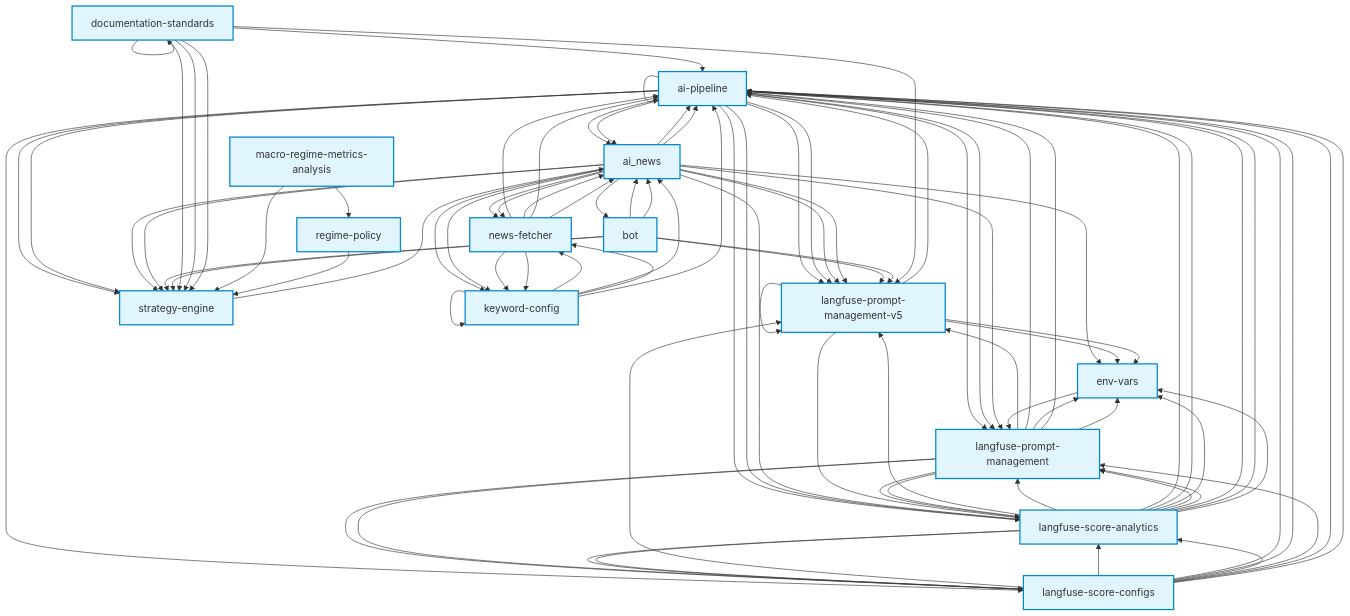
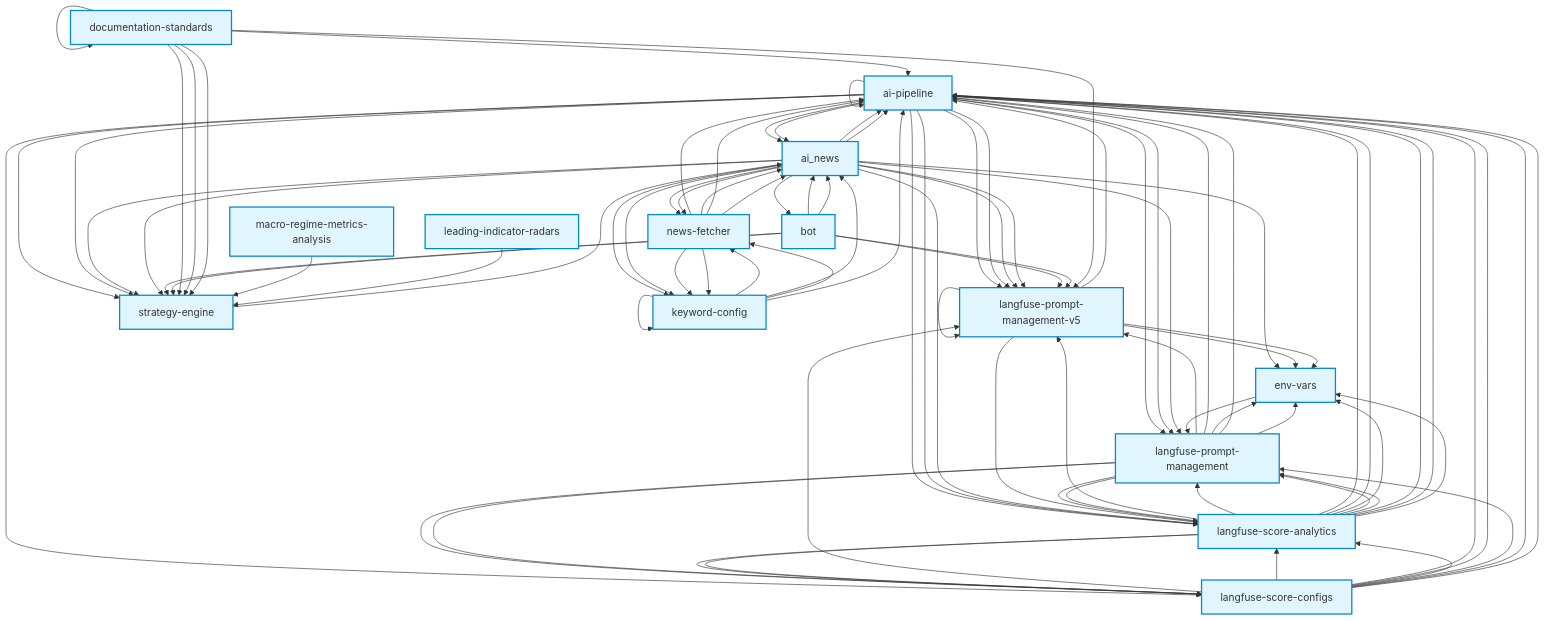
Before and after one commit to joysrr/InvestmentLineNotify: the diagram in docs/meta/concept-graph.mmd, drawn with Mermaid. The commit also changed 4 other files, not shown here.

Commit message:
docs: sync leading indicator wiki references

```diff
--- a/docs/meta/concept-graph.mmd
+++ b/docs/meta/concept-graph.mmd
@@ -1,108 +1,107 @@
 graph TB
   ai_pipeline[ai-pipeline] --> langfuse_prompt_management_v5[langfuse-prompt-management-v5]
   ai_pipeline[ai-pipeline] --> langfuse_prompt_management_v5[langfuse-prompt-management-v5]
   ai_pipeline[ai-pipeline] --> langfuse_prompt_management[langfuse-prompt-management]
   ai_pipeline[ai-pipeline] --> langfuse_score_analytics[langfuse-score-analytics]
   ai_pipeline[ai-pipeline] --> ai_pipeline[ai-pipeline]
   ai_pipeline[ai-pipeline] --> ai_news[ai_news]
   ai_pipeline[ai-pipeline] --> strategy_engine[strategy-engine]
   ai_pipeline[ai-pipeline] --> ai_pipeline[ai-pipeline]
   ai_pipeline[ai-pipeline] --> langfuse_prompt_management[langfuse-prompt-management]
   ai_pipeline[ai-pipeline] --> langfuse_score_analytics[langfuse-score-analytics]
   ai_pipeline[ai-pipeline] --> langfuse_score_configs[langfuse-score-configs]
   ai_pipeline[ai-pipeline] --> strategy_engine[strategy-engine]
   ai_pipeline[ai-pipeline] --> ai_news[ai_news]
   ai_news[ai_news] --> ai_pipeline[ai-pipeline]
   ai_news[ai_news] --> langfuse_prompt_management[langfuse-prompt-management]
   ai_news[ai_news] --> langfuse_score_analytics[langfuse-score-analytics]
   ai_news[ai_news] --> news_fetcher[news-fetcher]
   ai_news[ai_news] --> keyword_config[keyword-config]
   ai_news[ai_news] --> langfuse_prompt_management_v5[langfuse-prompt-management-v5]
   ai_news[ai_news] --> langfuse_prompt_management_v5[langfuse-prompt-management-v5]
   ai_news[ai_news] --> news_fetcher[news-fetcher]
   ai_news[ai_news] --> keyword_config[keyword-config]
   ai_news[ai_news] --> ai_pipeline[ai-pipeline]
   ai_news[ai_news] --> strategy_engine[strategy-engine]
   ai_news[ai_news] --> env_vars[env-vars]
   ai_news[ai_news] --> strategy_engine[strategy-engine]
   ai_news[ai_news] --> bot[bot]
   strategy_engine[strategy-engine] --> ai_news[ai_news]
   langfuse_prompt_management_v5[langfuse-prompt-management-v5] --> langfuse_prompt_management_v5[langfuse-prompt-management-v5]
   langfuse_prompt_management_v5[langfuse-prompt-management-v5] --> langfuse_prompt_management_v5[langfuse-prompt-management-v5]
   langfuse_prompt_management_v5[langfuse-prompt-management-v5] --> env_vars[env-vars]
   langfuse_prompt_management_v5[langfuse-prompt-management-v5] --> langfuse_score_analytics[langfuse-score-analytics]
   langfuse_prompt_management_v5[langfuse-prompt-management-v5] --> ai_pipeline[ai-pipeline]
   langfuse_prompt_management_v5[langfuse-prompt-management-v5] --> env_vars[env-vars]
   langfuse_prompt_management[langfuse-prompt-management] --> langfuse_prompt_management_v5[langfuse-prompt-management-v5]
   langfuse_prompt_management[langfuse-prompt-management] --> langfuse_score_analytics[langfuse-score-analytics]
   langfuse_prompt_management[langfuse-prompt-management] --> langfuse_score_configs[langfuse-score-configs]
   langfuse_prompt_management[langfuse-prompt-management] --> ai_pipeline[ai-pipeline]
   langfuse_prompt_management[langfuse-prompt-management] --> env_vars[env-vars]
   langfuse_prompt_management[langfuse-prompt-management] --> langfuse_score_analytics[langfuse-score-analytics]
   langfuse_prompt_management[langfuse-prompt-management] --> langfuse_score_configs[langfuse-score-configs]
   langfuse_prompt_management[langfuse-prompt-management] --> ai_pipeline[ai-pipeline]
   langfuse_prompt_management[langfuse-prompt-management] --> env_vars[env-vars]
   langfuse_score_analytics[langfuse-score-analytics] --> langfuse_prompt_management_v5[langfuse-prompt-management-v5]
   langfuse_score_analytics[langfuse-score-analytics] --> langfuse_prompt_management[langfuse-prompt-management]
   langfuse_score_analytics[langfuse-score-analytics] --> ai_pipeline[ai-pipeline]
   langfuse_score_analytics[langfuse-score-analytics] --> ai_pipeline[ai-pipeline]
   langfuse_score_analytics[langfuse-score-analytics] --> env_vars[env-vars]
   langfuse_score_analytics[langfuse-score-analytics] --> langfuse_score_configs[langfuse-score-configs]
   langfuse_score_analytics[langfuse-score-analytics] --> langfuse_prompt_management[langfuse-prompt-management]
   langfuse_score_analytics[langfuse-score-analytics] --> langfuse_prompt_management[langfuse-prompt-management]
   langfuse_score_analytics[langfuse-score-analytics] --> langfuse_score_configs[langfuse-score-configs]
   langfuse_score_analytics[langfuse-score-analytics] --> ai_pipeline[ai-pipeline]
   langfuse_score_analytics[langfuse-score-analytics] --> ai_pipeline[ai-pipeline]
   langfuse_score_analytics[langfuse-score-analytics] --> env_vars[env-vars]
   news_fetcher[news-fetcher] --> keyword_config[keyword-config]
   news_fetcher[news-fetcher] --> ai_pipeline[ai-pipeline]
   news_fetcher[news-fetcher] --> ai_news[ai_news]
   news_fetcher[news-fetcher] --> keyword_config[keyword-config]
   news_fetcher[news-fetcher] --> ai_pipeline[ai-pipeline]
   news_fetcher[news-fetcher] --> ai_news[ai_news]
   bot[bot] --> ai_news[ai_news]
   bot[bot] --> strategy_engine[strategy-engine]
   bot[bot] --> langfuse_prompt_management_v5[langfuse-prompt-management-v5]
   bot[bot] --> ai_news[ai_news]
   bot[bot] --> strategy_engine[strategy-engine]
   bot[bot] --> langfuse_prompt_management_v5[langfuse-prompt-management-v5]
   env_vars[env-vars] --> langfuse_prompt_management[langfuse-prompt-management]
   langfuse_score_configs[langfuse-score-configs] --> langfuse_prompt_management_v5[langfuse-prompt-management-v5]
   langfuse_score_configs[langfuse-score-configs] --> langfuse_score_analytics[langfuse-score-analytics]
   langfuse_score_configs[langfuse-score-configs] --> ai_pipeline[ai-pipeline]
   langfuse_score_configs[langfuse-score-configs] --> ai_pipeline[ai-pipeline]
   langfuse_score_configs[langfuse-score-configs] --> langfuse_score_analytics[langfuse-score-analytics]
   langfuse_score_configs[langfuse-score-configs] --> langfuse_prompt_management[langfuse-prompt-management]
   langfuse_score_configs[langfuse-score-configs] --> ai_pipeline[ai-pipeline]
   langfuse_score_configs[langfuse-score-configs] --> ai_pipeline[ai-pipeline]
   keyword_config[keyword-config] --> news_fetcher[news-fetcher]
   keyword_config[keyword-config] --> ai_news[ai_news]
   keyword_config[keyword-config] --> news_fetcher[news-fetcher]
   keyword_config[keyword-config] --> ai_pipeline[ai-pipeline]
   keyword_config[keyword-config] --> keyword_config[keyword-config]
   documentation_standards[documentation-standards] --> documentation_standards[documentation-standards]
   documentation_standards[documentation-standards] --> strategy_engine[strategy-engine]
   documentation_standards[documentation-standards] --> ai_pipeline[ai-pipeline]
   documentation_standards[documentation-standards] --> langfuse_prompt_management_v5[langfuse-prompt-management-v5]
   documentation_standards[documentation-standards] --> strategy_engine[strategy-engine]
   documentation_standards[documentation-standards] --> strategy_engine[strategy-engine]
   macro_regime_metrics_analysis[macro-regime-metrics-analysis] --> strategy_engine[strategy-engine]
-  macro_regime_metrics_analysis[macro-regime-metrics-analysis] --> regime_policy[regime-policy]
-  regime_policy[regime-policy] --> strategy_engine[strategy-engine]
+  leading_indicator_radars[leading-indicator-radars] --> strategy_engine[strategy-engine]
 
   classDef coreNode fill:#e1f5ff,stroke:#0288d1,stroke-width:2px
   class ai_pipeline coreNode
   class ai_news coreNode
   class strategy_engine coreNode
   class langfuse_prompt_management_v5 coreNode
   class langfuse_prompt_management coreNode
   class langfuse_score_analytics coreNode
   class news_fetcher coreNode
   class bot coreNode
   class env_vars coreNode
   class langfuse_score_configs coreNode
   class keyword_config coreNode
   class documentation_standards coreNode
   class macro_regime_metrics_analysis coreNode
   class api coreNode
-  class regime_policy coreNode
+  class leading_indicator_radars coreNode
```
